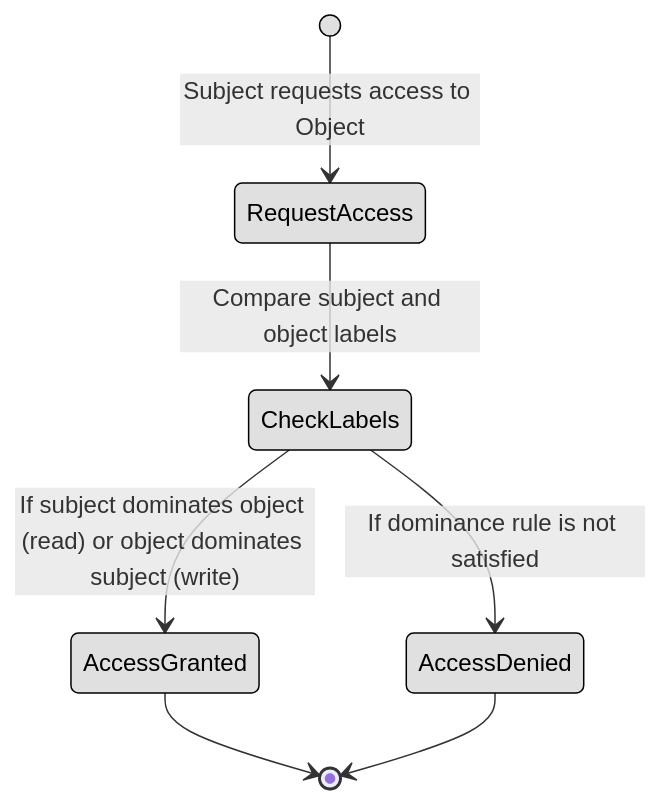
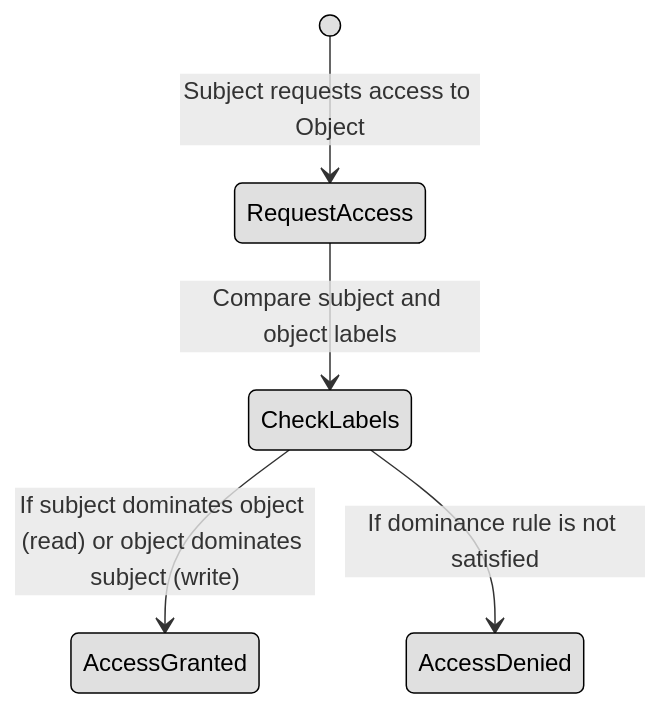
One commit to lorenzoleonelli/CISSP-Zero-to-Hero changed the second of 2 diagrams in DOMAIN3: Security Architecture and Engineering/3.02 Understand the fundamental concepts of security models (e.g. Biba, STar Model, Bell Lapadula).md. Above: the diagram before and after it, drawn with Mermaid. The commit also changed other lines of this file, not shown here.

Commit message:
Update 3.02 Understand the fundamental concepts of security models (e.g. Biba, STar Model, Bell Lapadula).md

````diff
--- a/DOMAIN3: Security Architecture and Engineering/3.02 Understand the fundamental concepts of security models (e.g. Biba, STar Model, Bell Lapadula).md
+++ b/DOMAIN3: Security Architecture and Engineering/3.02 Understand the fundamental concepts of security models (e.g. Biba, STar Model, Bell Lapadula).md
@@ -49,12 +51,11 @@
 ```mermaid
 stateDiagram-v2
     [*] --> RequestAccess: Subject requests access to Object
     RequestAccess --> CheckLabels: Compare subject and object labels
     CheckLabels --> AccessGranted: If subject dominates object (read) or object dominates subject (write)
     CheckLabels --> AccessDenied: If dominance rule is not satisfied
-    AccessGranted --> [*]
-    AccessDenied --> [*]
+
 
     classDef center fill:#ffffff,color:#000000,stroke:#000000,stroke-width:1px,font-weight:bold
     classDef node fill:#e0e0e0,color:#000000,stroke:#000000,stroke-width:1px
 ```
````
